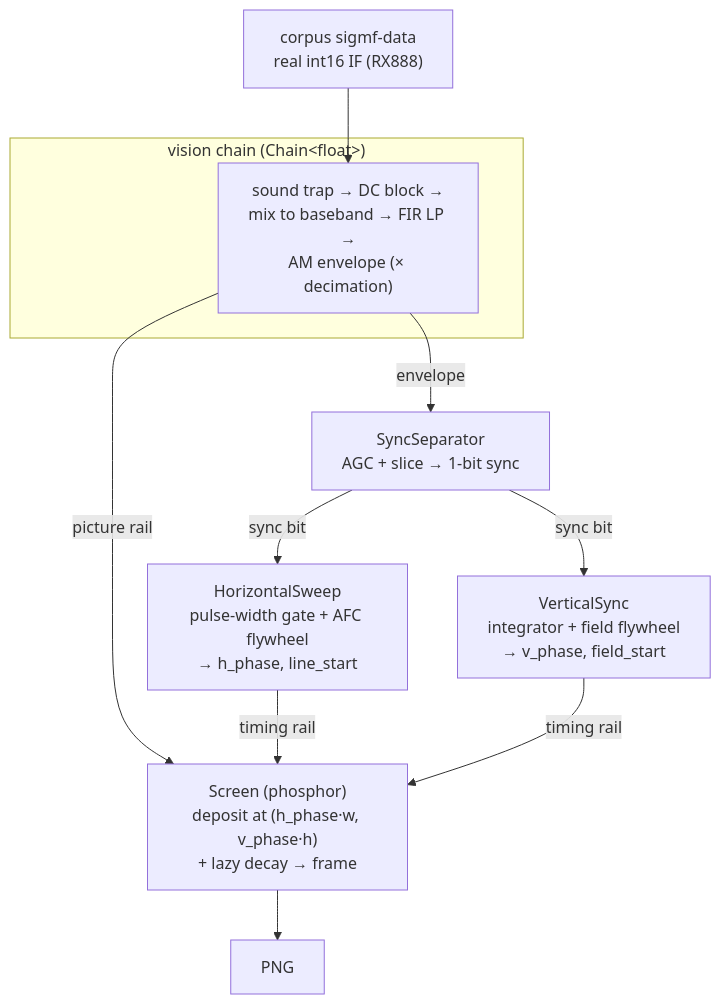
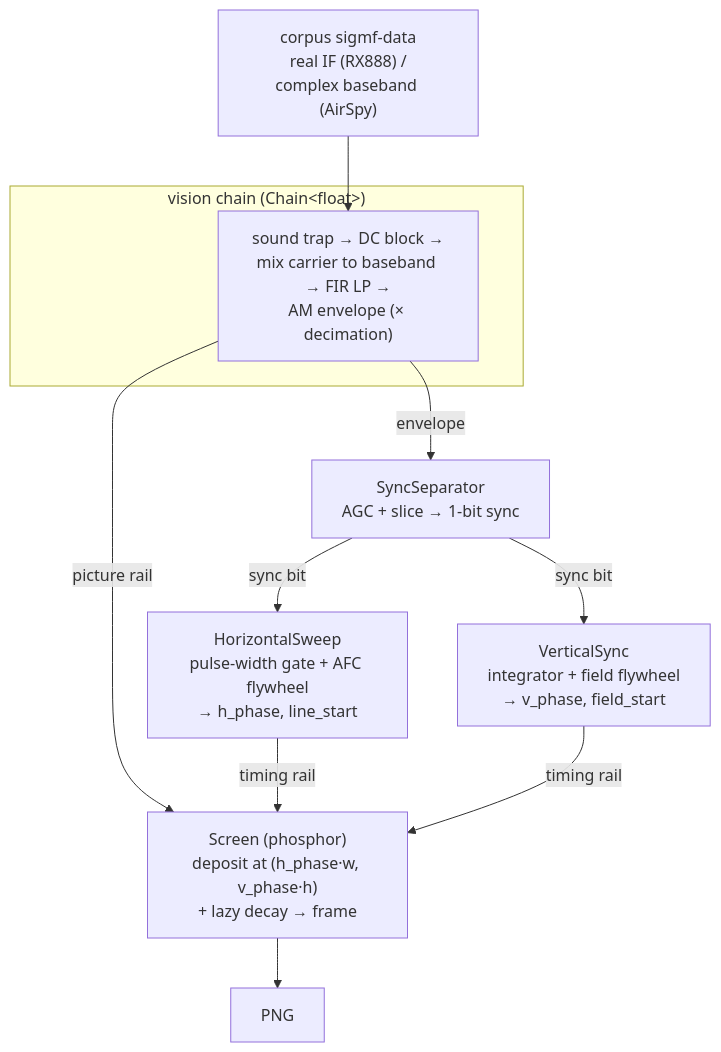
Before and after one commit to mattgodbolt/PALindrome: the diagram in README.md, drawn with Mermaid. The commit also changed other lines of this file and 3 other files, not shown here.

First line of the commit message:
corpus: AirSpy WB3 master (g9) + the gain recipe that makes it decode

````diff
--- a/README.md
+++ b/README.md
@@ -82,16 +93,16 @@
 ```mermaid
 flowchart TD
-    SIGMF["corpus sigmf-data<br/>real int16 IF (RX888)"] --> VIS
+    SIGMF["corpus sigmf-data<br/>real IF (RX888) /<br/>complex baseband (AirSpy)"] --> VIS
 
     subgraph vis["vision chain (Chain&lt;float&gt;)"]
-      VIS["sound trap → DC block →<br/>mix to baseband → FIR LP →<br/>AM envelope (× decimation)"]
+      VIS["sound trap → DC block →<br/>mix carrier to baseband → FIR LP →<br/>AM envelope (× decimation)"]
     end
 
     VIS -->|envelope| SEP["SyncSeparator<br/>AGC + slice → 1-bit sync"]
     VIS -->|picture rail| SCR
     SEP -->|sync bit| HS["HorizontalSweep<br/>pulse-width gate + AFC flywheel<br/>→ h_phase, line_start"]
     SEP -->|sync bit| VS["VerticalSync<br/>integrator + field flywheel<br/>→ v_phase, field_start"]
     HS -->|timing rail| SCR["Screen (phosphor)<br/>deposit at (h_phase·w, v_phase·h)<br/>+ lazy decay → frame"]
     VS -->|timing rail| SCR
     SCR --> PNG["PNG"]
 ```
````
